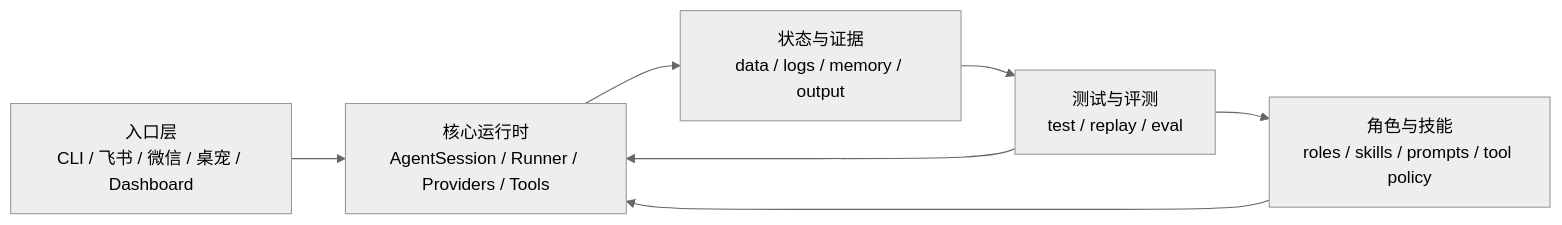
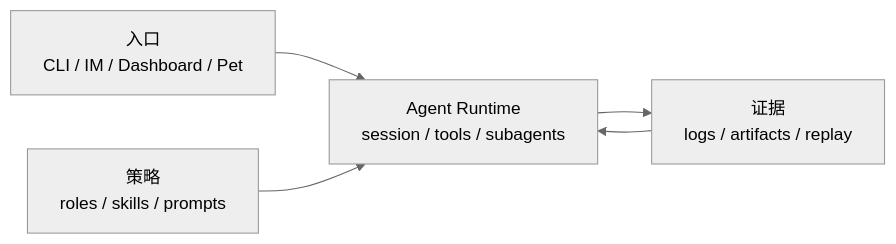
The diagram in README.md (fightheyyy/XiaoBa-CLI), drawn with Mermaid (neutral theme) before and after one commit. The commit also changed other lines of this file and 1 other file, not shown here.

````diff
--- a/README.md
+++ b/README.md
@@ -227,15 +104,12 @@
 ```mermaid
 flowchart LR
-    Surfaces["入口层<br/>CLI / 飞书 / 微信 / 桌宠 / Dashboard"]
-    Harness["核心运行时<br/>AgentSession / Runner / Providers / Tools"]
-    Policy["角色与技能<br/>roles / skills / prompts / tool policy"]
-    Evidence["状态与证据<br/>data / logs / memory / output"]
-    Quality["测试与评测<br/>test / replay / eval"]
+    Surface["入口<br/>CLI / IM / Dashboard / Pet"]
+    Runtime["Agent Runtime<br/>session / tools / subagents"]
+    Policy["策略<br/>roles / skills / prompts"]
+    Evidence["证据<br/>logs / artifacts / replay"]
 
-    Surfaces --> Harness
-    Policy --> Harness
-    Harness --> Evidence
-    Evidence --> Quality
-    Quality --> Harness
-    Quality --> Policy
+    Surface --> Runtime
+    Policy --> Runtime
+    Runtime --> Evidence
+    Evidence --> Runtime
 ```
````
